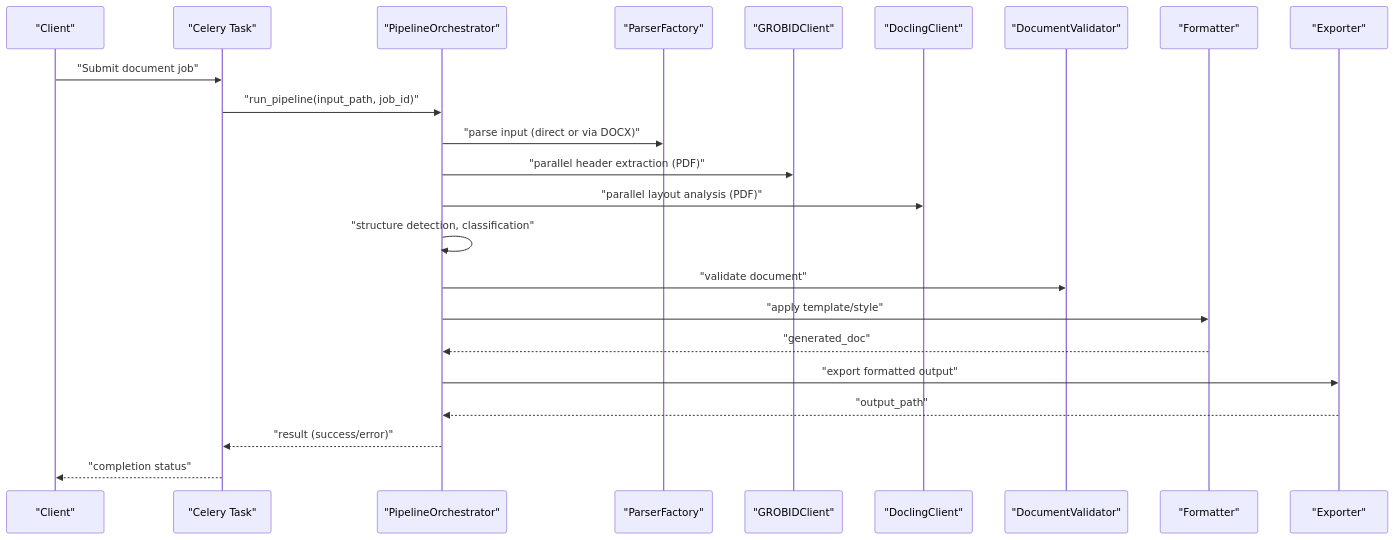
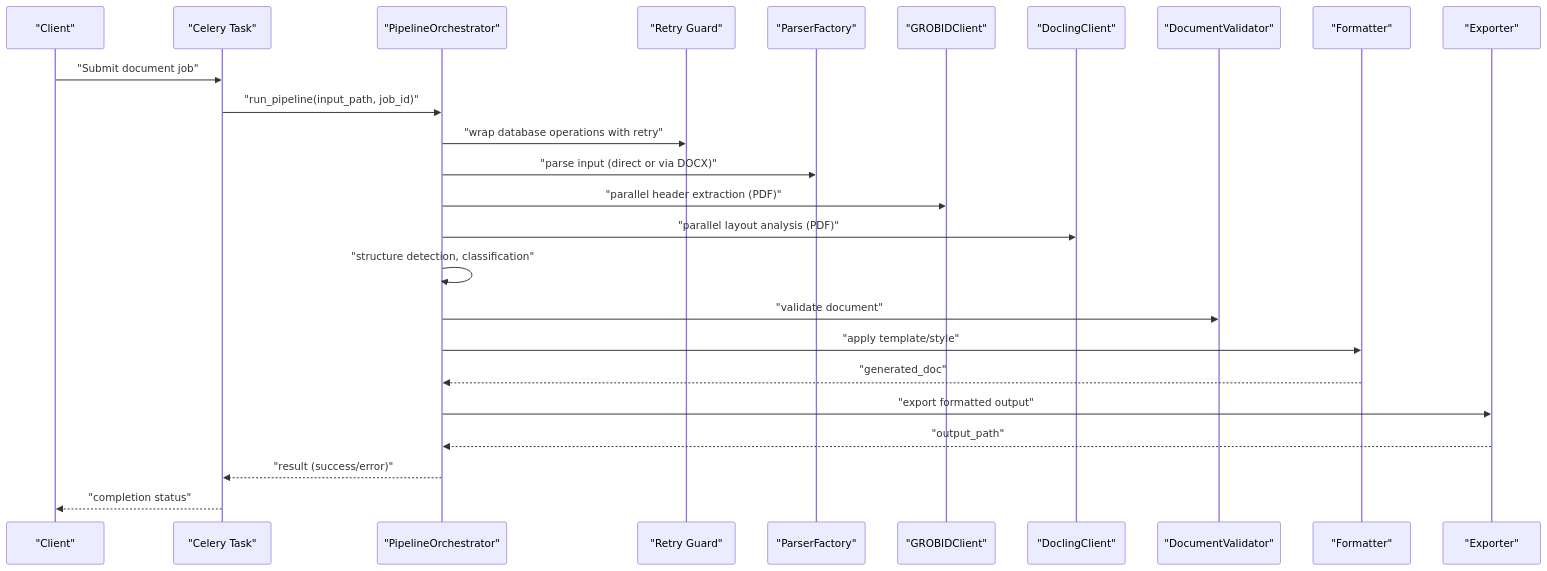
The second of 10 diagrams in .qoder/repowiki/en/content/Backend Development/Pipeline Processing System.md (rohitkumarnaidu/-Auto-AI-Automated-Academic-Docx-Manuscript-Formatter), drawn with Mermaid before and after one commit. The commit also changed other lines of this file and 4 other files, not shown here.

````diff
--- a/.qoder/repowiki/en/content/Backend Development/Pipeline Processing System.md
+++ b/.qoder/repowiki/en/content/Backend Development/Pipeline Processing System.md
@@ -83,25 +99,27 @@
 ```mermaid
 sequenceDiagram
 participant Client as "Client"
 participant Celery as "Celery Task"
 participant Orchestrator as "PipelineOrchestrator"
+participant RetryGuard as "Retry Guard"
 participant Parser as "ParserFactory"
 participant GROBID as "GROBIDClient"
 participant Docling as "DoclingClient"
 participant Validator as "DocumentValidator"
 participant Formatter as "Formatter"
 participant Exporter as "Exporter"
 Client->>Celery : "Submit document job"
 Celery->>Orchestrator : "run_pipeline(input_path, job_id)"
+Orchestrator->>RetryGuard : "wrap database operations with retry"
 Orchestrator->>Parser : "parse input (direct or via DOCX)"
 Orchestrator->>GROBID : "parallel header extraction (PDF)"
 Orchestrator->>Docling : "parallel layout analysis (PDF)"
 Orchestrator->>Orchestrator : "structure detection, classification"
 Orchestrator->>Validator : "validate document"
 Orchestrator->>Formatter : "apply template/style"
 Formatter-->>Orchestrator : "generated_doc"
 Orchestrator->>Exporter : "export formatted output"
 Exporter-->>Orchestrator : "output_path"
 Orchestrator-->>Celery : "result (success/error)"
 Celery-->>Client : "completion status"
 ```
````
